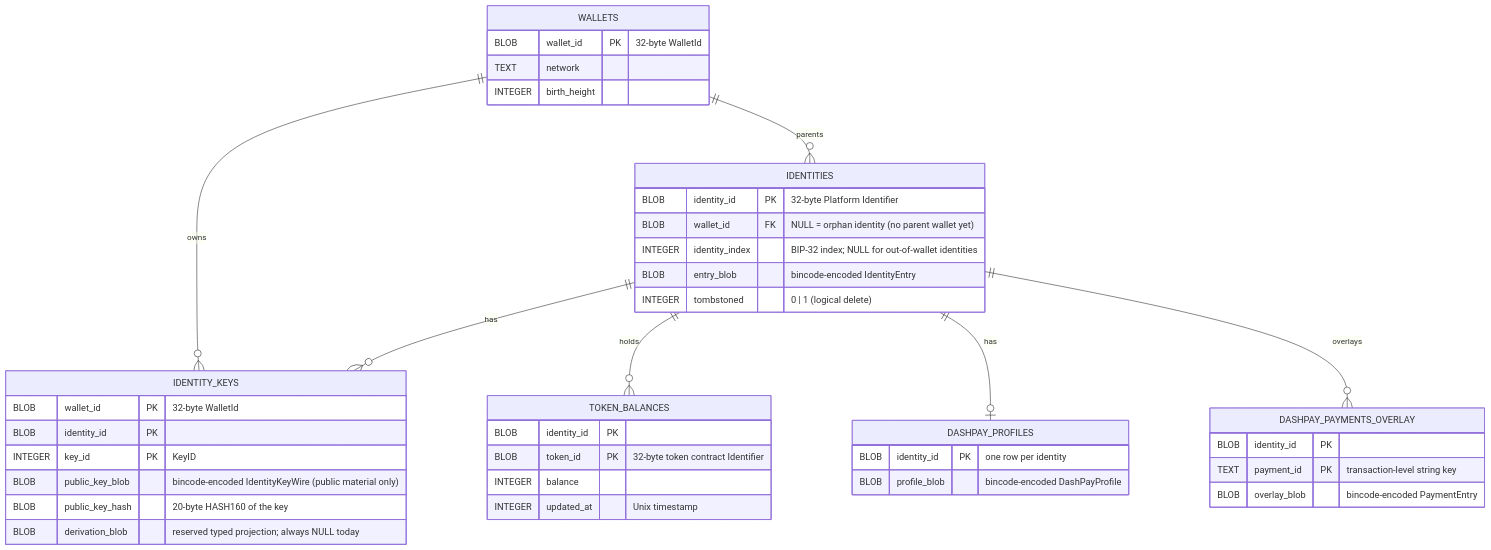
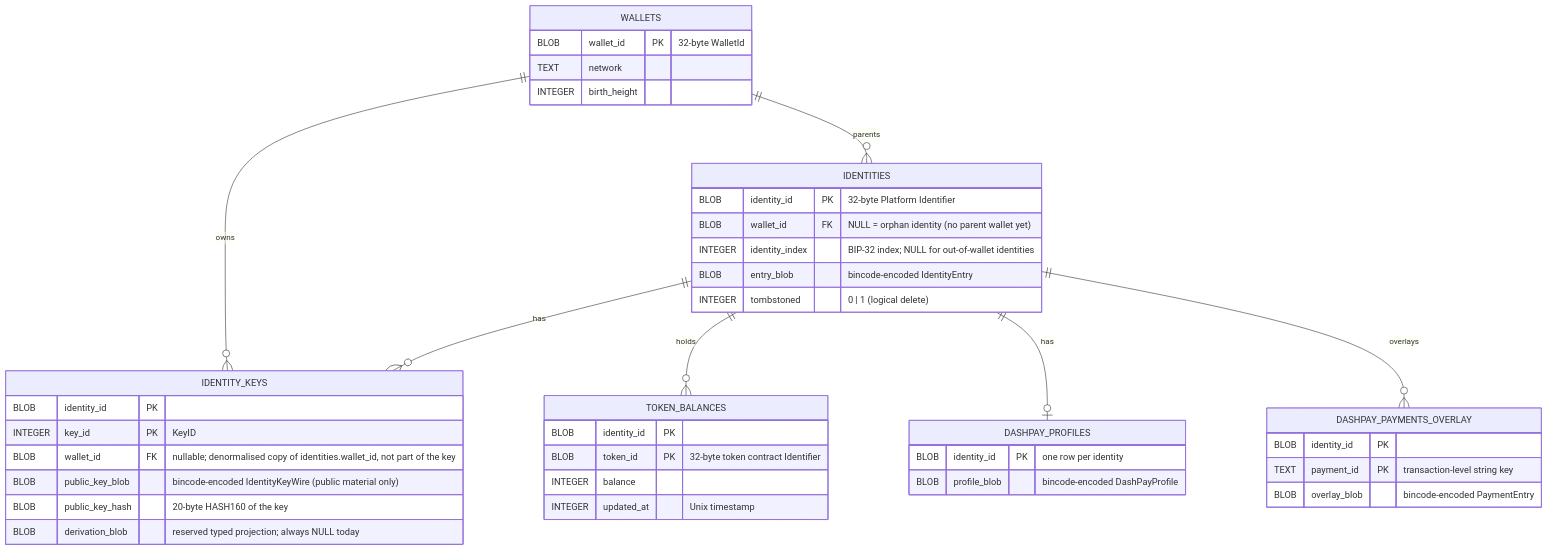
The second of 5 diagrams in packages/rs-platform-wallet-storage/SCHEMA.md (dashpay/platform), drawn with Mermaid before and after one commit. The commit also changed other lines of this file, not shown here.

First line of the commit message:
docs(rs-platform-wallet-storage): fix identity_keys PK/FK/nullability in SCHEMA.md

````diff
--- a/packages/rs-platform-wallet-storage/SCHEMA.md
+++ b/packages/rs-platform-wallet-storage/SCHEMA.md
@@ -105,50 +105,50 @@
 ```mermaid
 erDiagram
     WALLETS ||--o{ IDENTITIES : "parents"
     WALLETS ||--o{ IDENTITY_KEYS : "owns"
     IDENTITIES ||--o{ IDENTITY_KEYS : "has"
     IDENTITIES ||--o{ TOKEN_BALANCES : "holds"
     IDENTITIES ||--o| DASHPAY_PROFILES : "has"
     IDENTITIES ||--o{ DASHPAY_PAYMENTS_OVERLAY : "overlays"
 
     WALLETS {
         BLOB wallet_id PK "32-byte WalletId"
         TEXT network
         INTEGER birth_height
     }
 
     IDENTITIES {
         BLOB identity_id PK "32-byte Platform Identifier"
         BLOB wallet_id FK "NULL = orphan identity (no parent wallet yet)"
         INTEGER identity_index "BIP-32 index; NULL for out-of-wallet identities"
         BLOB entry_blob "bincode-encoded IdentityEntry"
         INTEGER tombstoned "0 | 1 (logical delete)"
     }
 
     IDENTITY_KEYS {
-        BLOB wallet_id PK "32-byte WalletId"
         BLOB identity_id PK
         INTEGER key_id PK "KeyID"
+        BLOB wallet_id FK "nullable; denormalised copy of identities.wallet_id, not part of the key"
         BLOB public_key_blob "bincode-encoded IdentityKeyWire (public material only)"
         BLOB public_key_hash "20-byte HASH160 of the key"
         BLOB derivation_blob "reserved typed projection; always NULL today"
     }
 
     TOKEN_BALANCES {
         BLOB identity_id PK
         BLOB token_id PK "32-byte token contract Identifier"
         INTEGER balance
         INTEGER updated_at "Unix timestamp"
     }
 
     DASHPAY_PROFILES {
         BLOB identity_id PK "one row per identity"
         BLOB profile_blob "bincode-encoded DashPayProfile"
     }
 
     DASHPAY_PAYMENTS_OVERLAY {
         BLOB identity_id PK
         TEXT payment_id PK "transaction-level string key"
         BLOB overlay_blob "bincode-encoded PaymentEntry"
     }
 ```
````
